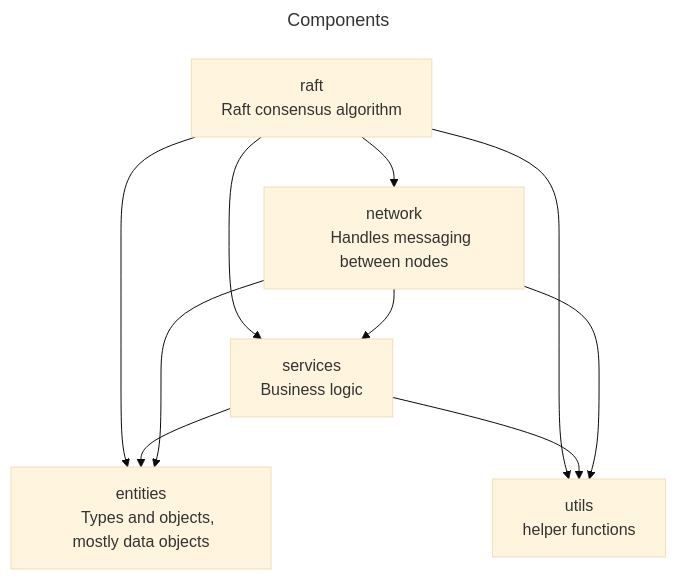
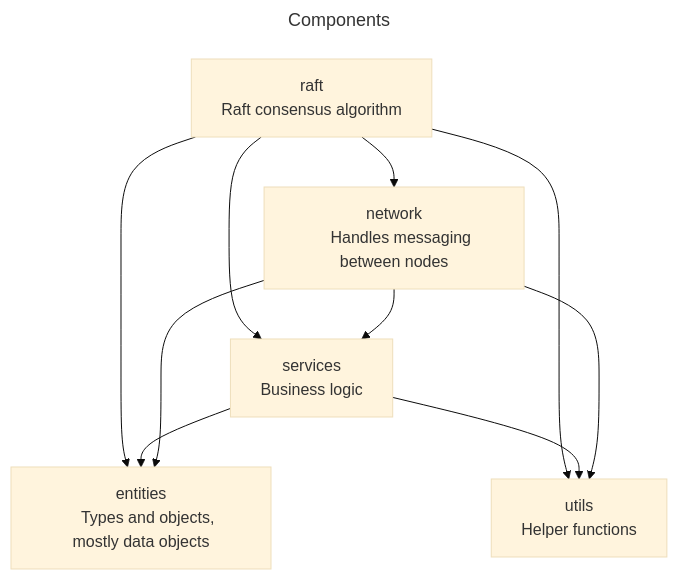
One commit to DS-project-2025-team/ds-project-2025 changed the first of 2 diagrams in docs/architecture.md. Above: the diagram before and after it, drawn with Mermaid (base theme).

Commit message:
docs: Capitalize

````diff
--- a/docs/architecture.md
+++ b/docs/architecture.md
@@ -3,40 +3,40 @@
 ```mermaid
 ---
 title: Components
 ---
 graph
 
 raft[
     raft
     Raft consensus algorithm
 ]
 network[
     network
     Handles messaging between nodes
 ]
 services[
     services
     Business logic
 ]
 entities[
     entities
     Types and objects, mostly data objects
 ]
 utils[
     utils
-    helper functions
+    Helper functions
 ]
 
 
 raft --> network
 raft --> services
 raft --> utils
 raft --> entities
 
 services --> utils
 services --> entities
 
 network --> entities
 network --> services
 network --> utils
 ```
````
